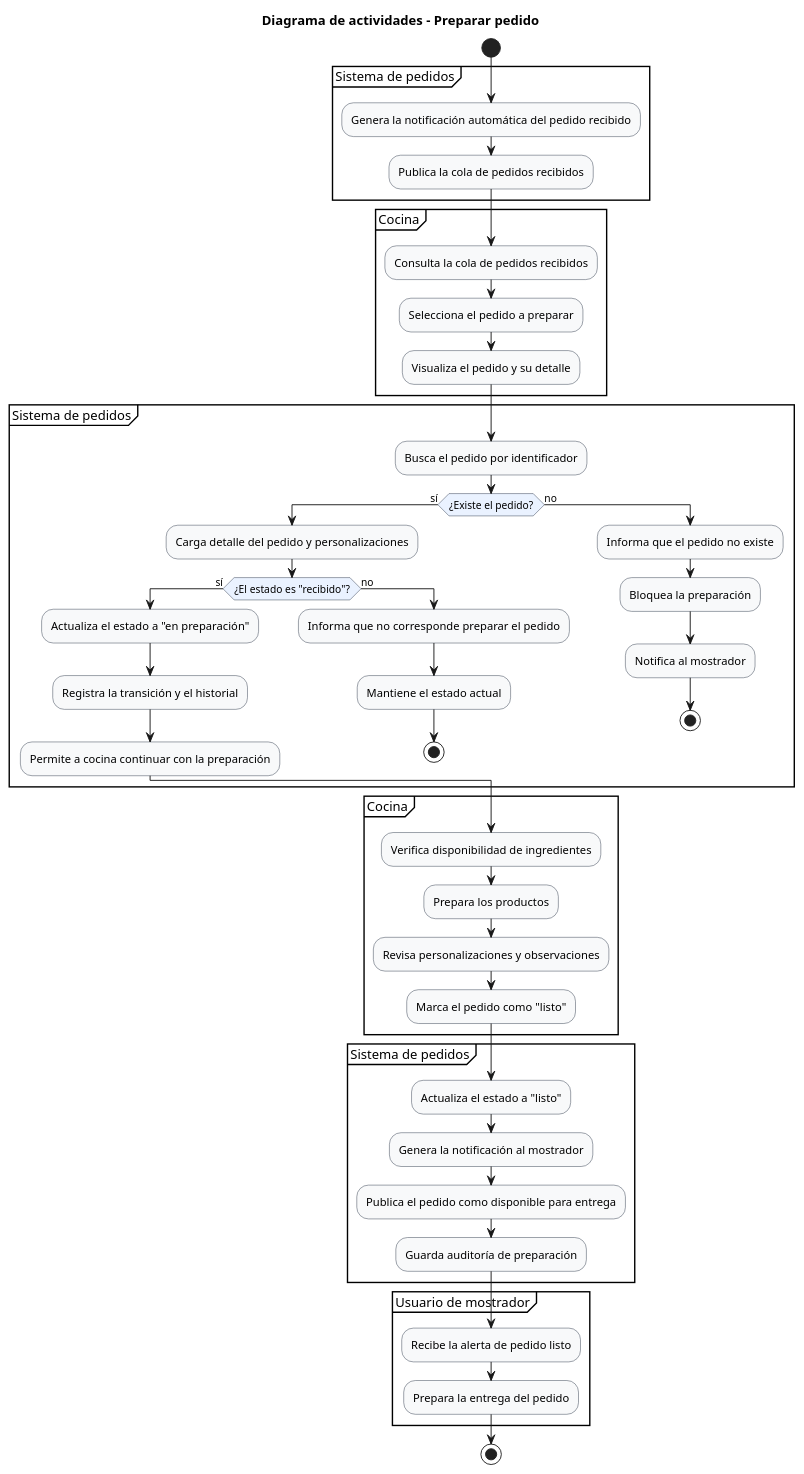
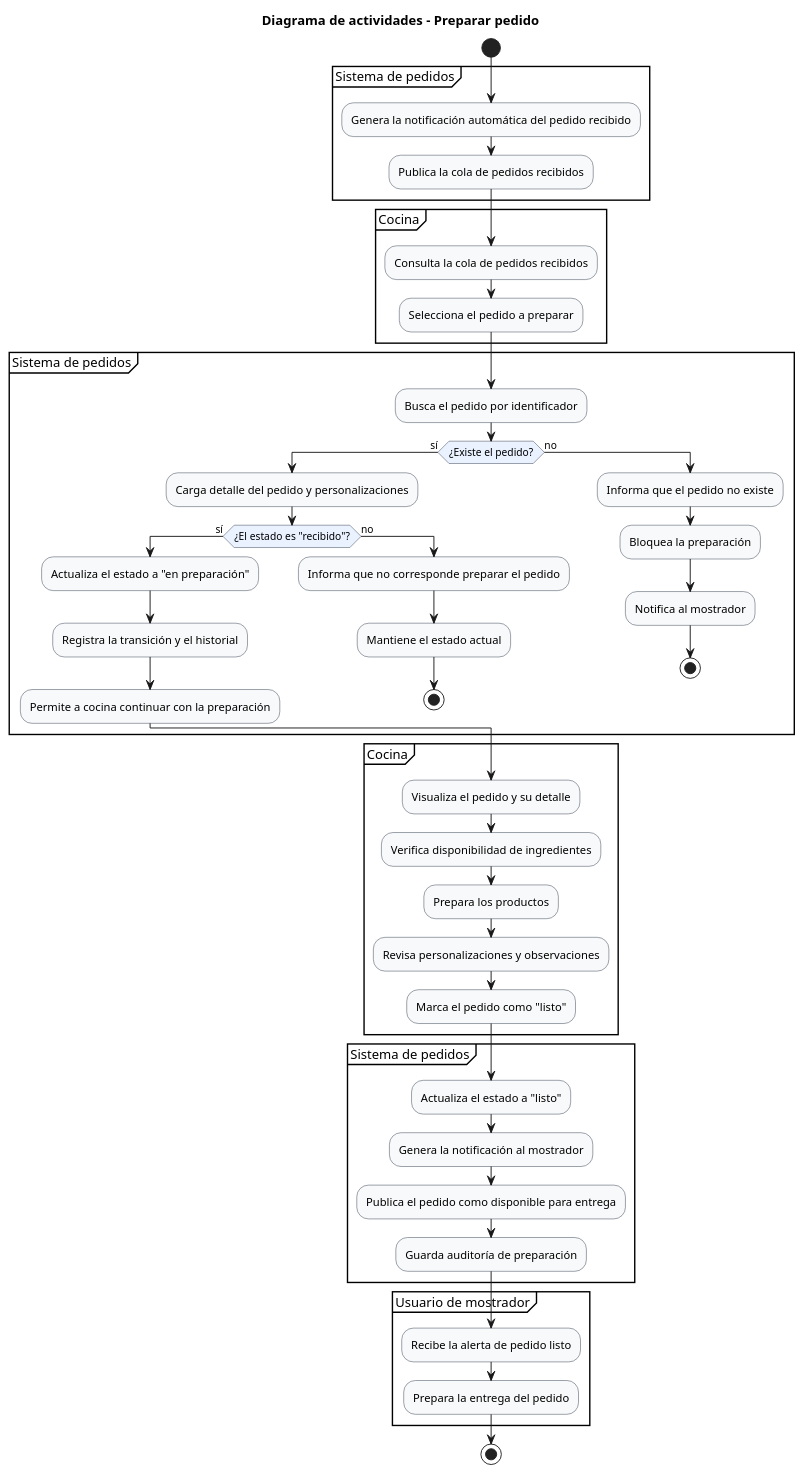
The diagram in diagramas/04-diagramas-actividades/04-actividad-preparar-pedido-03.puml (lucasmengarelli3/SistemaPedidos), drawn with PlantUML before and after one commit. The commit also changed other lines of this file and 8 other files, not shown here.

```diff
--- a/diagramas/04-diagramas-actividades/04-actividad-preparar-pedido-03.puml
+++ b/diagramas/04-diagramas-actividades/04-actividad-preparar-pedido-03.puml
@@ -1,68 +1,68 @@
 @startuml
 !pragma useVerticalIf on
 skinparam shadowing false
 skinparam linetype ortho
 skinparam activity {
   BackgroundColor #F8F9FA
   BorderColor #2F3A4A
   DiamondBackgroundColor #EAF2FF
   DiamondBorderColor #2F3A4A
 }
 
 title Diagrama de actividades - Preparar pedido
 
 start
 
 partition "Sistema de pedidos" {
   :Genera la notificación automática del pedido recibido;
   :Publica la cola de pedidos recibidos;
 }
 
 partition "Cocina" {
   :Consulta la cola de pedidos recibidos;
   :Selecciona el pedido a preparar;
-  :Visualiza el pedido y su detalle;
 }
 
 partition "Sistema de pedidos" {
   :Busca el pedido por identificador;
   if (¿Existe el pedido?) then (sí)
     :Carga detalle del pedido y personalizaciones;
     if (¿El estado es "recibido"?) then (sí)
       :Actualiza el estado a "en preparación";
       :Registra la transición y el historial;
       :Permite a cocina continuar con la preparación;
     else (no)
       :Informa que no corresponde preparar el pedido;
       :Mantiene el estado actual;
       stop
     endif
   else (no)
     :Informa que el pedido no existe;
     :Bloquea la preparación;
     :Notifica al mostrador;
     stop
   endif
 }
 
 partition "Cocina" {
+  :Visualiza el pedido y su detalle;
   :Verifica disponibilidad de ingredientes;
   :Prepara los productos;
   :Revisa personalizaciones y observaciones;
   :Marca el pedido como "listo";
 }
 
 partition "Sistema de pedidos" {
   :Actualiza el estado a "listo";
   :Genera la notificación al mostrador;
   :Publica el pedido como disponible para entrega;
   :Guarda auditoría de preparación;
 }
 
 partition "Usuario de mostrador" {
   :Recibe la alerta de pedido listo;
   :Prepara la entrega del pedido;
 }
 
 stop
 @enduml
```
